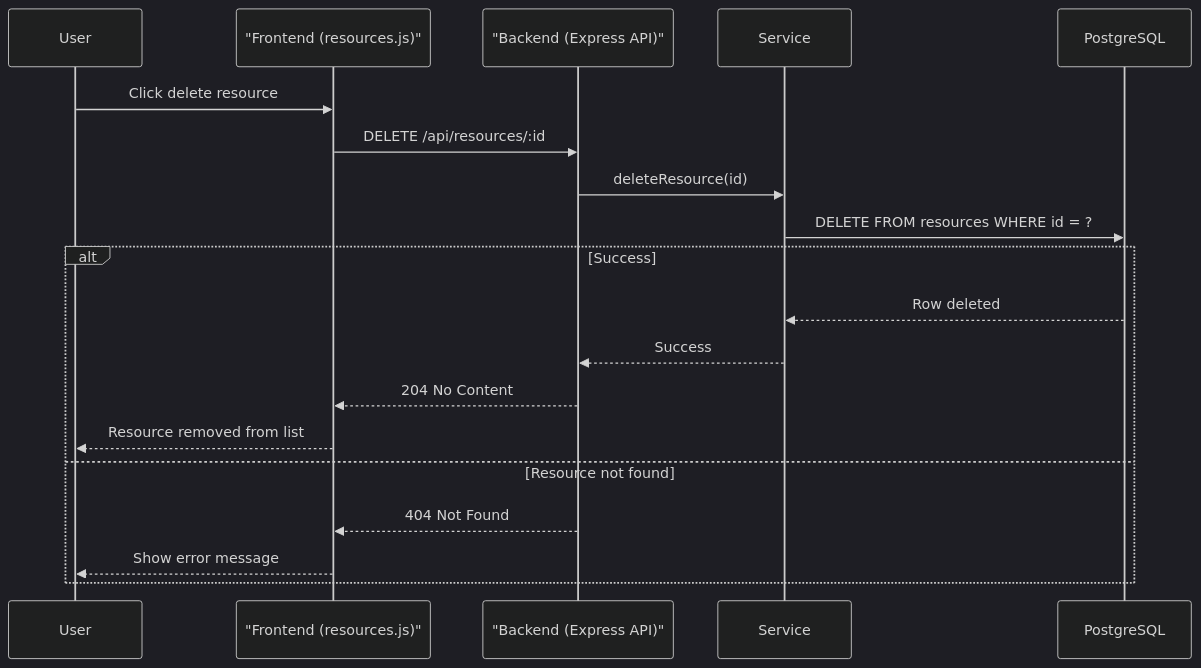
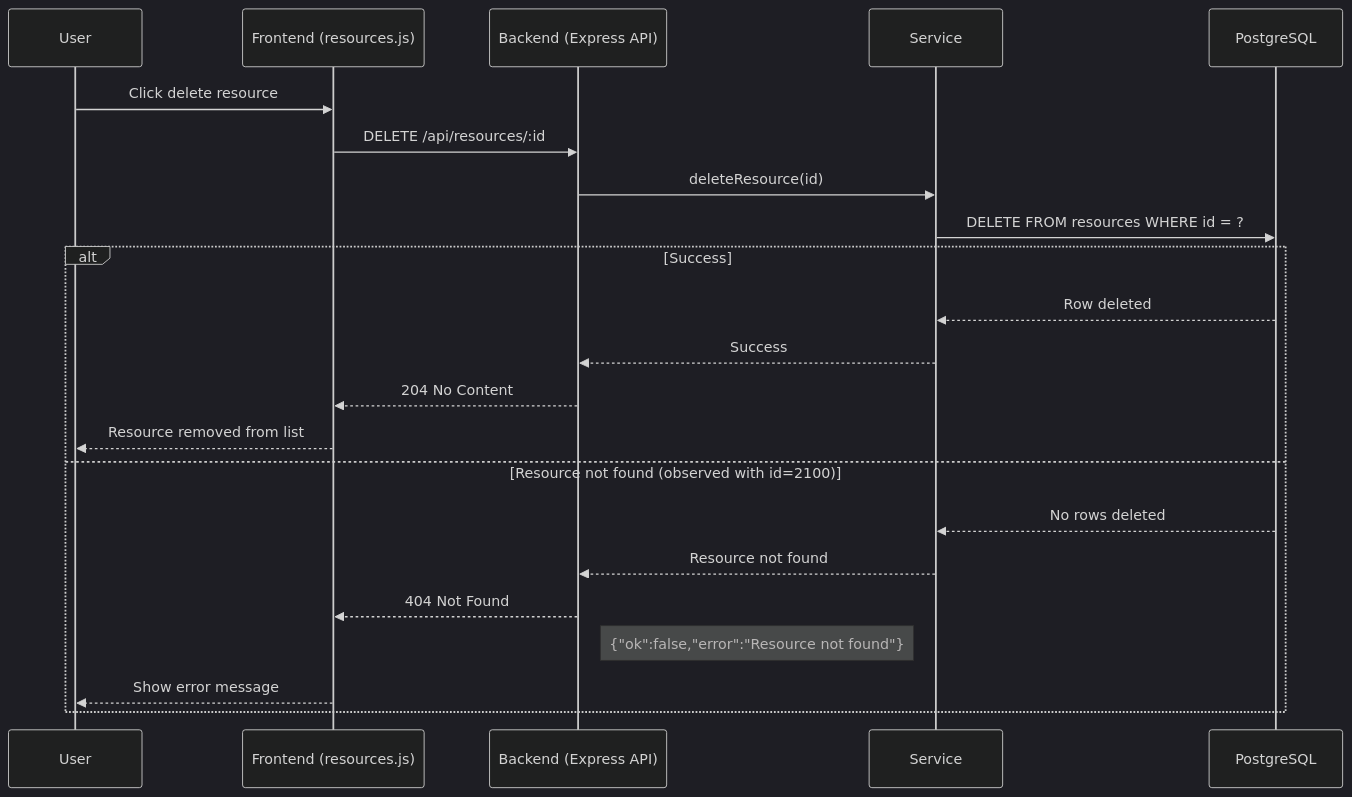
One commit to Mikko-Saari/WebkehitADV-testi changed the fourth of 4 diagrams in BookingSystemPhase6/Mermaid.md. Above: the diagram before and after it, drawn with Mermaid (dark theme). The commit also changed other lines of this file, not shown here.

Commit message:
Korjattu aikasempi väärä mermaid

````diff
--- a/BookingSystemPhase6/Mermaid.md
+++ b/BookingSystemPhase6/Mermaid.md
@@ -90,24 +109,29 @@
 ```mermaid
 sequenceDiagram
     participant User
-    participant Frontend_resources as "Frontend (resources.js)"
-    participant Backend_API as "Backend (Express API)"
+    participant Frontend (resources.js)
+    participant Backend (Express API)
     participant Service
     participant PostgreSQL
 
-    User->>Frontend_resources: Click delete resource
-    Frontend_resources->>Backend_API: DELETE /api/resources/:id
+    User->>Frontend (resources.js): Click delete resource
+    Frontend (resources.js)->>Backend (Express API): DELETE /api/resources/:id
 
-    Backend_API->>Service: deleteResource(id)
+    Backend (Express API)->>Service: deleteResource(id)
     Service->>PostgreSQL: DELETE FROM resources WHERE id = ?
 
     alt Success
         PostgreSQL-->>Service: Row deleted
-        Service-->>Backend_API: Success
-        Backend_API-->>Frontend_resources: 204 No Content
-        Frontend_resources-->>User: Resource removed from list
-    else Resource not found
-        Backend_API-->>Frontend_resources: 404 Not Found
-        Frontend_resources-->>User: Show error message
+        Service-->>Backend (Express API): Success
+        Backend (Express API)-->>Frontend (resources.js): 204 No Content
+        Frontend (resources.js)-->>User: Resource removed from list
+
+    else Resource not found (observed with id=2100)
+        PostgreSQL-->>Service: No rows deleted
+        Service-->>Backend (Express API): Resource not found
+        Backend (Express API)-->>Frontend (resources.js): 404 Not Found
+        Note right of Backend (Express API): {"ok":false,"error":"Resource not found"}
+        Frontend (resources.js)-->>User: Show error message
+
     end
 ```
````
